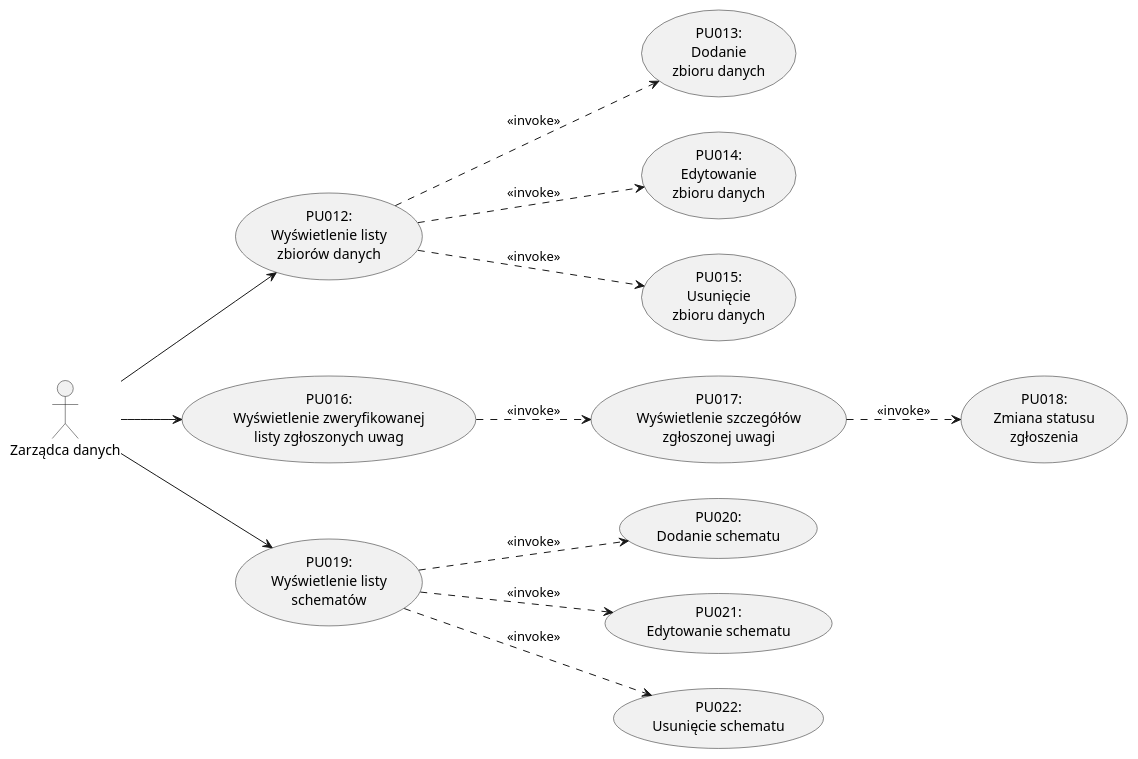
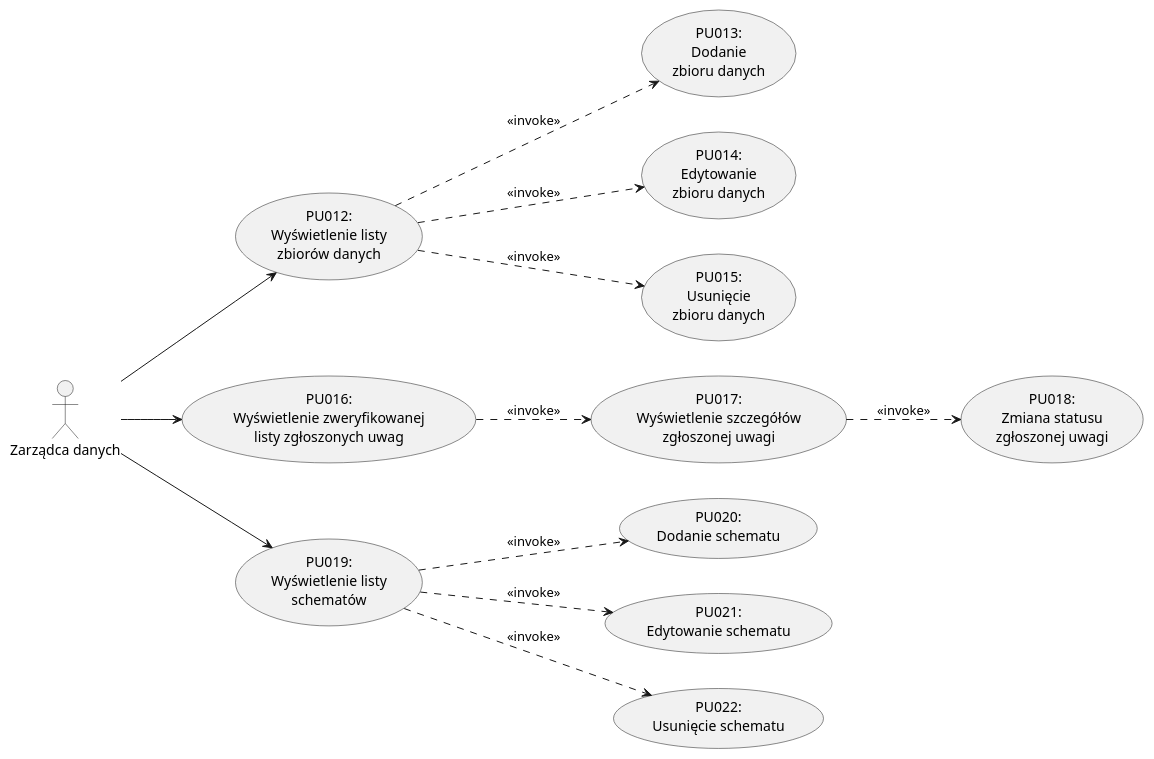
The eighth of 13 diagrams in dokumentacja.md (kokolodziejska/IWO), drawn with PlantUML before and after one commit. The commit also changed other lines of this file and 5 other files, not shown here.

````diff
--- a/dokumentacja.md
+++ b/dokumentacja.md
@@ -1258,37 +1258,37 @@
   ```puml
   @startuml
 
   left to right direction
 
   actor "Zarządca danych" as Admin
 
   usecase "PU012:\nWyświetlenie listy\nzbiorów danych" as PU012
   usecase "PU013:\nDodanie\nzbioru danych" as PU013
   usecase "PU014:\nEdytowanie\nzbioru danych" as PU014
   usecase "PU015:\nUsunięcie\nzbioru danych" as PU015
 
   usecase "PU016:\nWyświetlenie zweryfikowanej\nlisty zgłoszonych uwag" as PU016
   usecase "PU017:\nWyświetlenie szczegółów\nzgłoszonej uwagi" as PU017
-  usecase "PU018:\nZmiana statusu\nzgłoszenia" as PU018
+  usecase "PU018:\nZmiana statusu\nzgłoszonej uwagi" as PU018
 
   usecase "PU019:\nWyświetlenie listy\nschematów" as PU019
   usecase "PU020:\nDodanie schematu" as PU020
   usecase "PU021:\nEdytowanie schematu" as PU021
   usecase "PU022:\nUsunięcie schematu" as PU022
 
   Admin --> PU012
   PU012 ..> PU013 : <<invoke>>
   PU012 ..> PU014 : <<invoke>>
   PU012 ..> PU015 : <<invoke>>
 
   Admin --> PU016
   PU016 ..> PU017 : <<invoke>>
   PU017 ..> PU018 : <<invoke>>
 
   Admin --> PU019
   PU019 ..> PU020 : <<invoke>>
   PU019 ..> PU021 : <<invoke>>
   PU019 ..> PU022 : <<invoke>>
 
   @enduml
   ```
````
